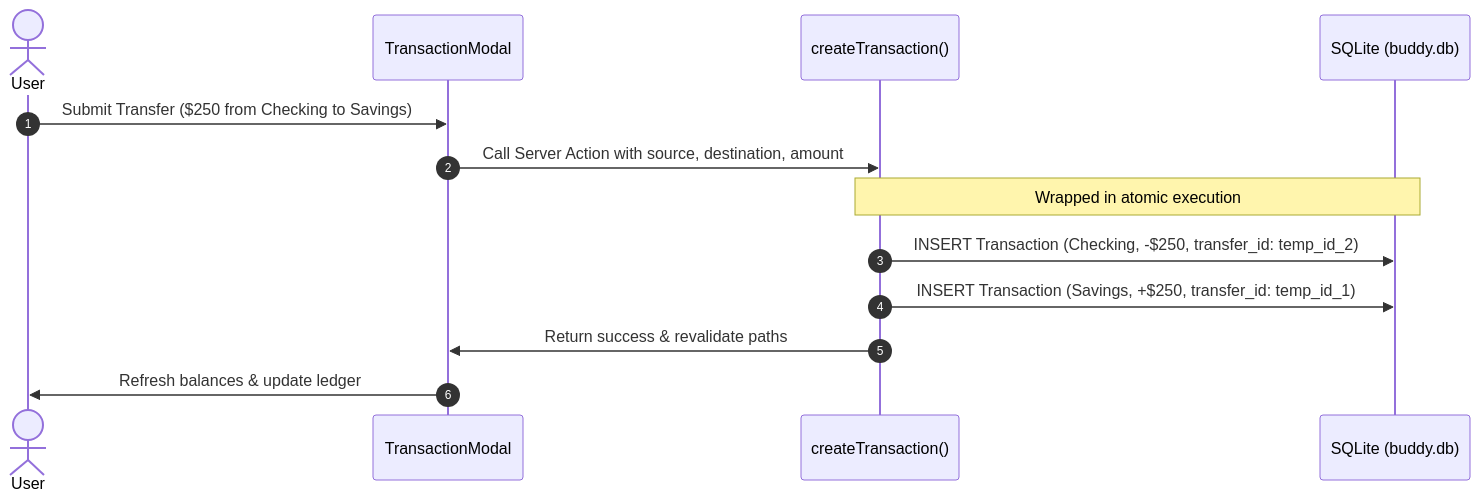
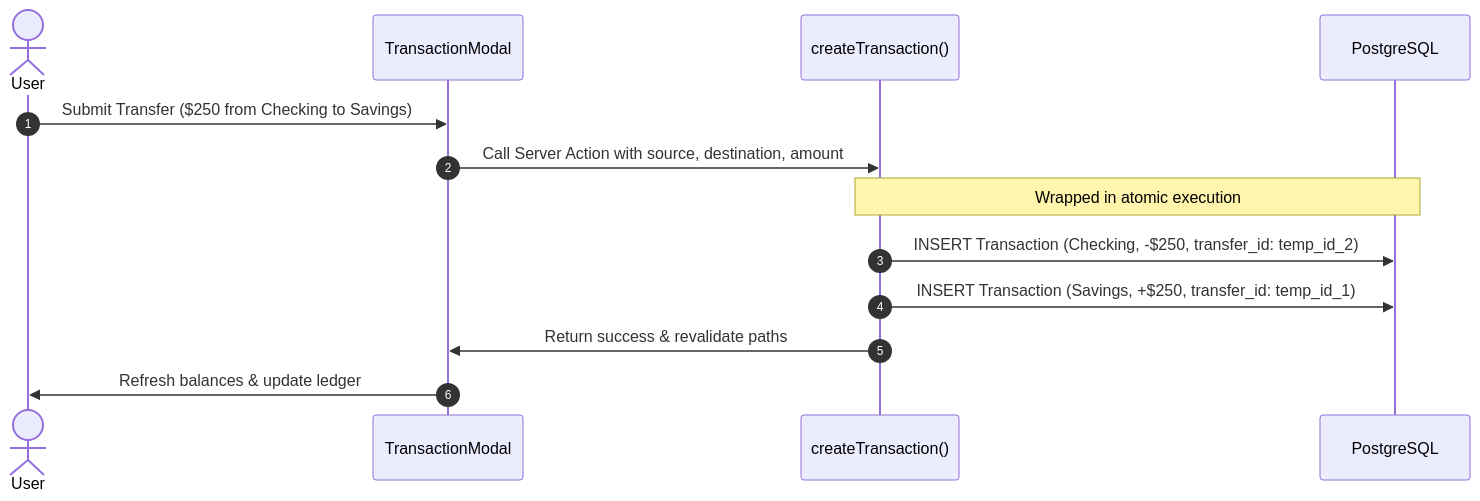
One commit to thealternator89/buddy changed the second of 2 diagrams in docs/ARCHITECTURE.MD. Above: the diagram before and after it, drawn with Mermaid. The commit also changed other lines of this file and 1 other file, not shown here.

First line of the commit message:
docs: document versioned budgets and update architectural specifications

````diff
--- a/docs/ARCHITECTURE.MD
+++ b/docs/ARCHITECTURE.MD
@@ -247,16 +292,16 @@
 ```mermaid
 sequenceDiagram
     autonumber
     actor User
     participant UI as TransactionModal
     participant Action as createTransaction()
-    participant DB as SQLite (buddy.db)
+    participant DB as PostgreSQL
 
     User->>UI: Submit Transfer ($250 from Checking to Savings)
     UI->>Action: Call Server Action with source, destination, amount
     Note over Action,DB: Wrapped in atomic execution
     Action->>DB: INSERT Transaction (Checking, -$250, transfer_id: temp_id_2)
     Action->>DB: INSERT Transaction (Savings, +$250, transfer_id: temp_id_1)
     Action->>UI: Return success & revalidate paths
     UI->>User: Refresh balances & update ledger
 ```
````
